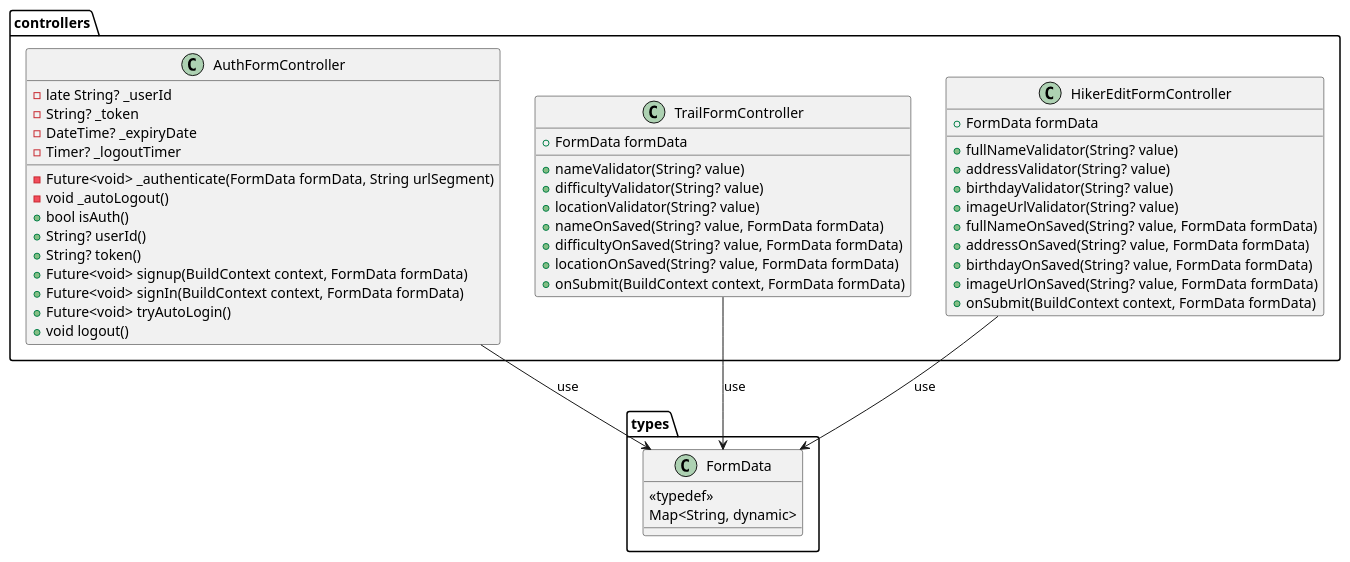
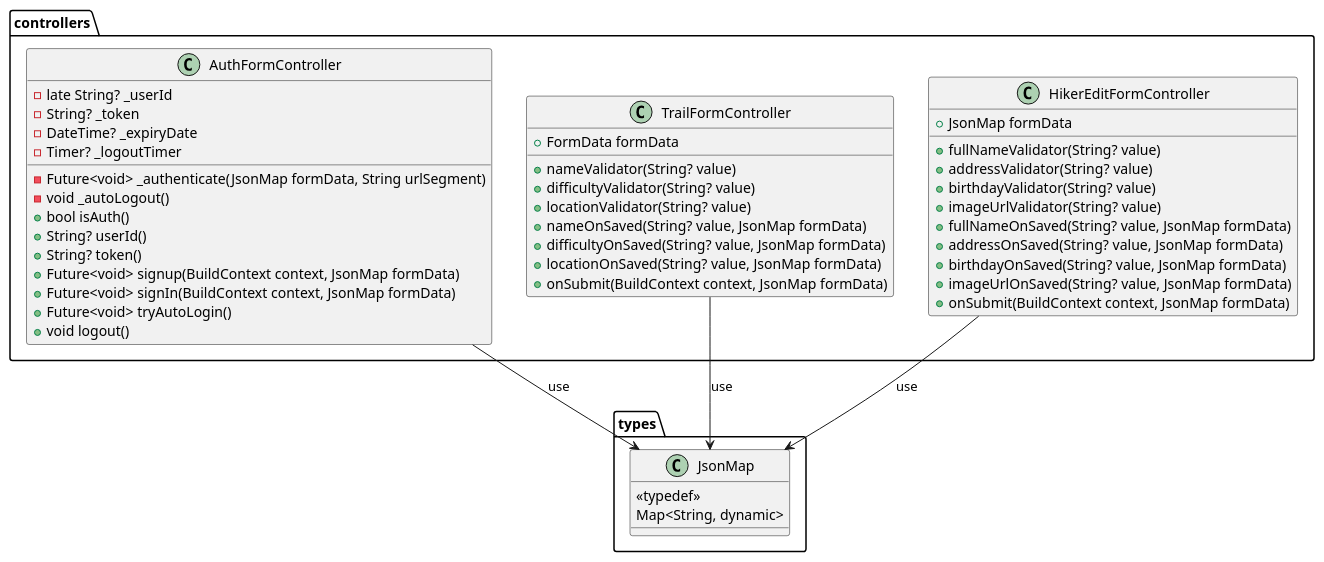
One commit to tiagors09/pe_na_pedra changed the diagram in docs/diagrams/src/pe_na_pedra_class_diagram_4.plantuml. Above: the diagram before and after it, drawn with PlantUML.

Commit message:
refactor: :recycle: add JsonMap typedef

```diff
--- a/docs/diagrams/src/pe_na_pedra_class_diagram_4.plantuml
+++ b/docs/diagrams/src/pe_na_pedra_class_diagram_4.plantuml
@@ -1,55 +1,55 @@
 @startuml pe_na_pedra_class_diagram_4
 package types {
-  class FormData {
+  class JsonMap {
     <<typedef>>
     Map<String, dynamic>
   }
 }
 
 package controllers {
   class AuthFormController {
     - late String? _userId
     - String? _token
     - DateTime? _expiryDate
     - Timer? _logoutTimer
 
-    - Future<void> _authenticate(FormData formData, String urlSegment)
+    - Future<void> _authenticate(JsonMap formData, String urlSegment)
     - void _autoLogout()
     + bool isAuth()
     + String? userId()
     + String? token()
-    + Future<void> signup(BuildContext context, FormData formData)
-    + Future<void> signIn(BuildContext context, FormData formData)
+    + Future<void> signup(BuildContext context, JsonMap formData)
+    + Future<void> signIn(BuildContext context, JsonMap formData)
     + Future<void> tryAutoLogin()
     + void logout()
   }
 
   class TrailFormController {
     + FormData formData
     + nameValidator(String? value)
     + difficultyValidator(String? value)
     + locationValidator(String? value)
-    + nameOnSaved(String? value, FormData formData)
-    + difficultyOnSaved(String? value, FormData formData)
-    + locationOnSaved(String? value, FormData formData)
-    + onSubmit(BuildContext context, FormData formData)
+    + nameOnSaved(String? value, JsonMap formData)
+    + difficultyOnSaved(String? value, JsonMap formData)
+    + locationOnSaved(String? value, JsonMap formData)
+    + onSubmit(BuildContext context, JsonMap formData)
   }
   
   class HikerEditFormController {
-    + FormData formData
+    + JsonMap formData
     + fullNameValidator(String? value)
     + addressValidator(String? value)
     + birthdayValidator(String? value)
     + imageUrlValidator(String? value)
-    + fullNameOnSaved(String? value, FormData formData)
-    + addressOnSaved(String? value, FormData formData)
-    + birthdayOnSaved(String? value, FormData formData)
-    + imageUrlOnSaved(String? value, FormData formData)
-    + onSubmit(BuildContext context, FormData formData)
+    + fullNameOnSaved(String? value, JsonMap formData)
+    + addressOnSaved(String? value, JsonMap formData)
+    + birthdayOnSaved(String? value, JsonMap formData)
+    + imageUrlOnSaved(String? value, JsonMap formData)
+    + onSubmit(BuildContext context, JsonMap formData)
   }
 }
 
-TrailFormController --> FormData : use
-HikerEditFormController --> FormData : use
-AuthFormController --> FormData : use
+TrailFormController --> JsonMap : use
+HikerEditFormController --> JsonMap : use
+AuthFormController --> JsonMap : use
 @enduml
```
